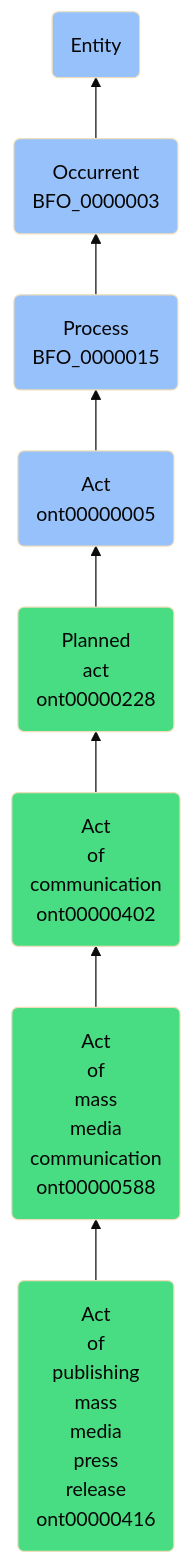
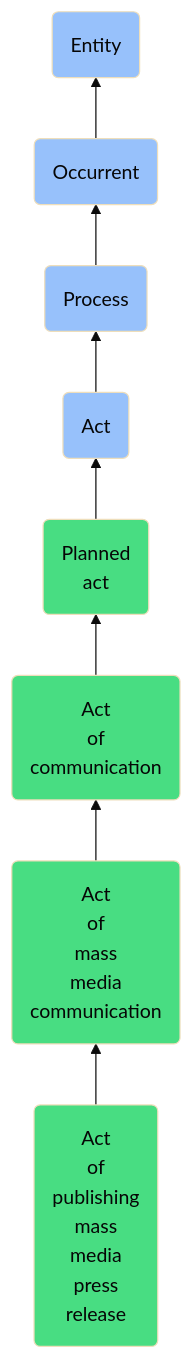
The diagram in docs/ontology/reference/model/Entity/Occurrent/Process/Act/Planned act/Act of communication/Act of mass media communication/Act of publishing mass media press release/Act of publishing mass media press release.md (jupyter-naas/abi), drawn with Mermaid (base theme) before and after one commit. The commit also changed other lines of this file and 1430 other files, not shown here.

````diff
--- a/docs/ontology/reference/model/Entity/Occurrent/Process/Act/Planned act/Act of communication/Act of mass media communication/Act of publishing mass media press release/Act of publishing mass media press release.md
+++ b/docs/ontology/reference/model/Entity/Occurrent/Process/Act/Planned act/Act of communication/Act of mass media communication/Act of publishing mass media press release/Act of publishing mass media press release.md
@@ -24,15 +24,15 @@
 ```mermaid
 graph BT
-    ont00000416(Act<br>of<br>publishing<br>mass<br>media<br>press<br>release<br>ont00000416):::ABI-->ont00000588
-    ont00000588(Act<br>of<br>mass<br>media<br>communication<br>ont00000588):::ABI-->ont00000402
-    ont00000402(Act<br>of<br>communication<br>ont00000402):::ABI-->ont00000228
-    ont00000228(Planned<br>act<br>ont00000228):::ABI-->ont00000005
-    ont00000005(Act<br>ont00000005):::BFO-->BFO_0000015
-    BFO_0000015(Process<br>BFO_0000015):::BFO-->BFO_0000003
-    BFO_0000003(Occurrent<br>BFO_0000003):::BFO-->BFO_0000001
+    ont00000416(Act<br>of<br>publishing<br>mass<br>media<br>press<br>release):::ABI-->ont00000588
+    ont00000588(Act<br>of<br>mass<br>media<br>communication):::ABI-->ont00000402
+    ont00000402(Act<br>of<br>communication):::ABI-->ont00000228
+    ont00000228(Planned<br>act):::ABI-->ont00000005
+    ont00000005(Act):::BFO-->BFO_0000015
+    BFO_0000015(Process):::BFO-->BFO_0000003
+    BFO_0000003(Occurrent):::BFO-->BFO_0000001
     BFO_0000001(Entity):::BFO
     
     classDef BFO fill:#97c1fb,color:#060606
     classDef CCO fill:#e4c51e,color:#060606
     classDef ABI fill:#48DD82,color:#060606
 ```
````
